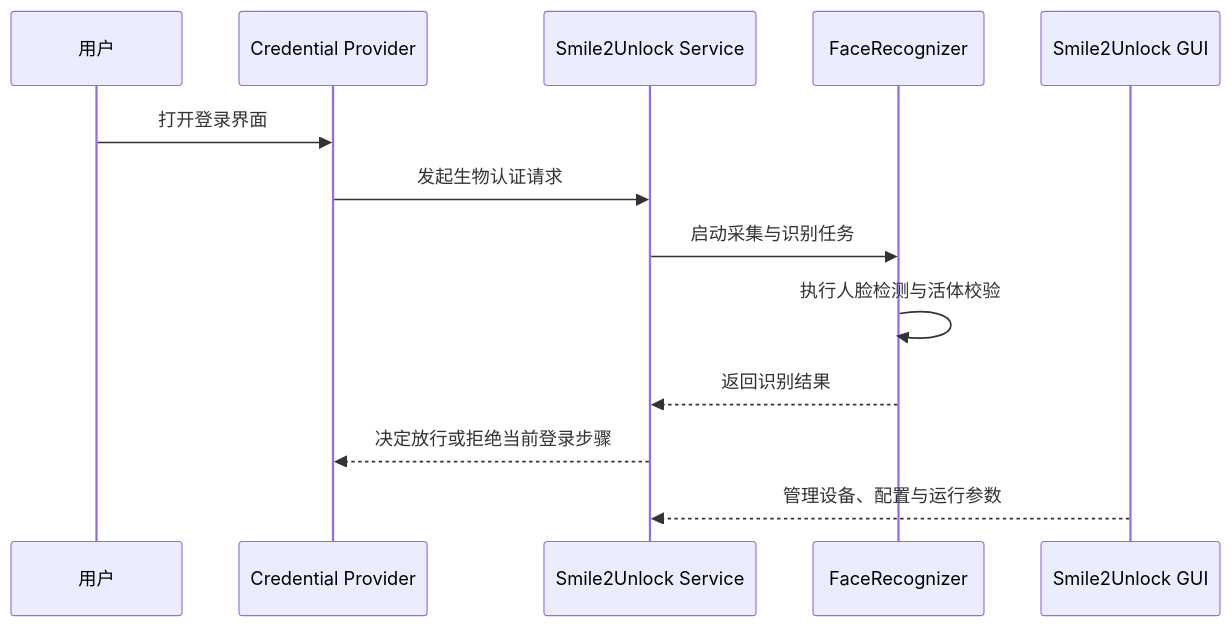
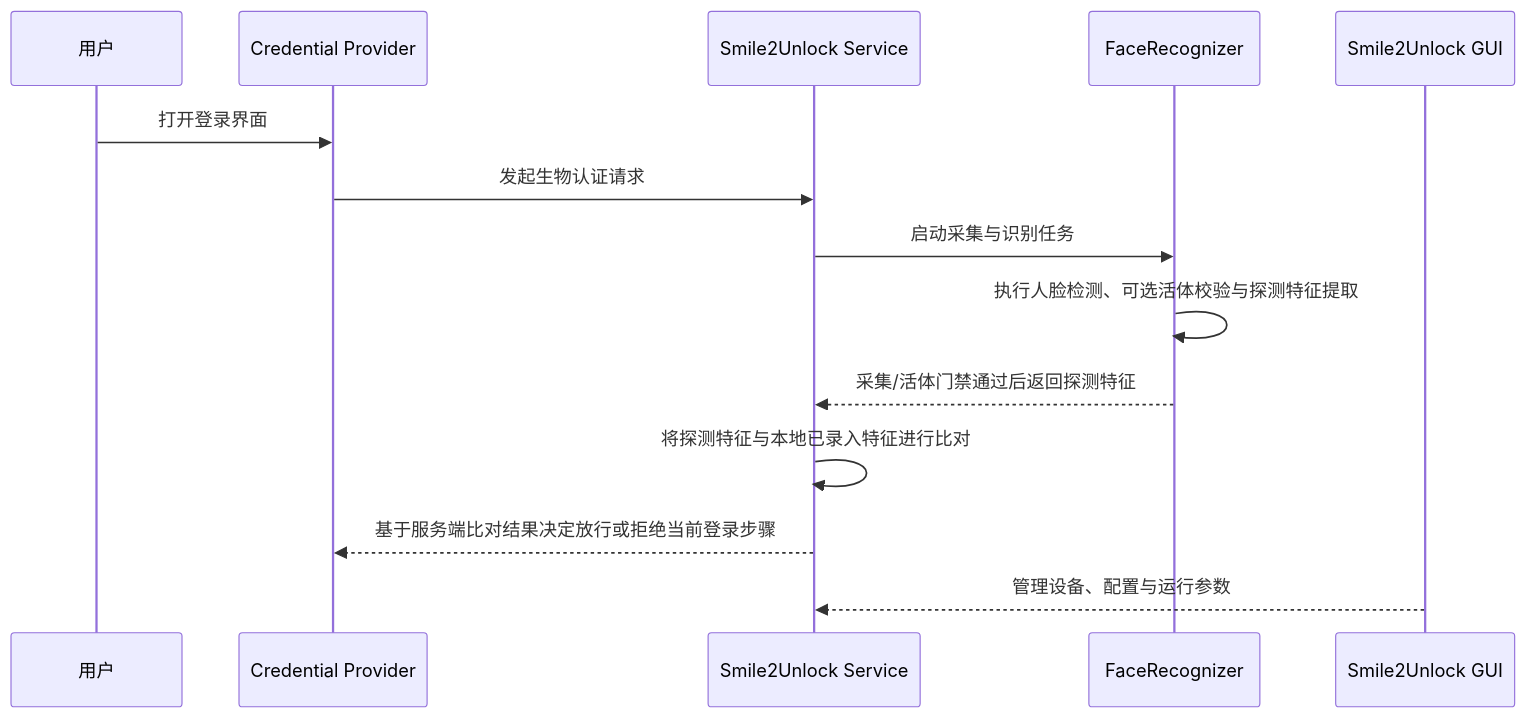
The second of 3 diagrams in README_zh.md (Smile2Unlock/Smile2Unlock_v2), drawn with Mermaid before and after one commit. The commit also changed other lines of this file and 6 other files, not shown here.

````diff
--- a/README_zh.md
+++ b/README_zh.md
@@ -71,16 +71,17 @@
 ```mermaid
 sequenceDiagram
     participant User as 用户
     participant CP as Credential Provider
     participant Service as Smile2Unlock Service
     participant FR as FaceRecognizer
     participant GUI as Smile2Unlock GUI
 
     User->>CP: 打开登录界面
     CP->>Service: 发起生物认证请求
     Service->>FR: 启动采集与识别任务
-    FR->>FR: 执行人脸检测与活体校验
-    FR-->>Service: 返回识别结果
-    Service-->>CP: 决定放行或拒绝当前登录步骤
+    FR->>FR: 执行人脸检测、可选活体校验与探测特征提取
+    FR-->>Service: 采集/活体门禁通过后返回探测特征
+    Service->>Service: 将探测特征与本地已录入特征进行比对
+    Service-->>CP: 基于服务端比对结果决定放行或拒绝当前登录步骤
     GUI-->>Service: 管理设备、配置与运行参数
 ```
````
